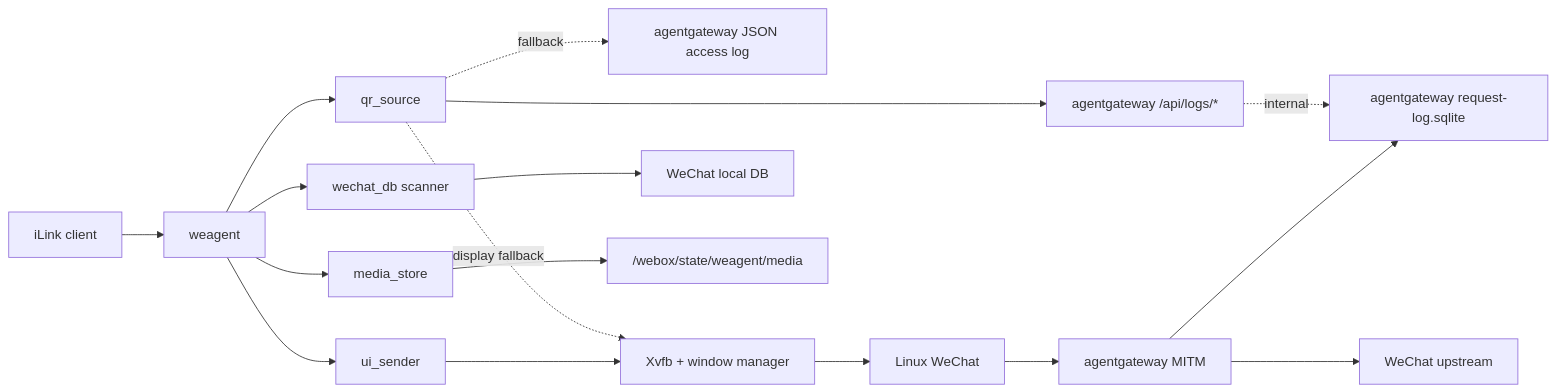
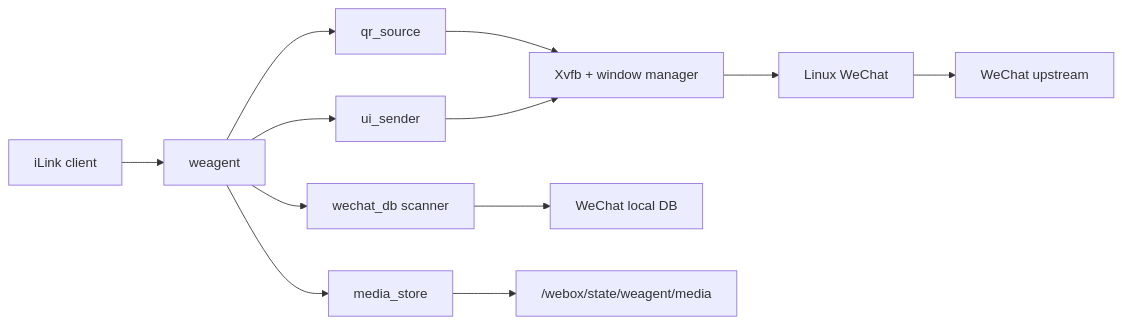
The diagram in docs/architecture.md (netcat-ai/webox), drawn with Mermaid before and after one commit. The commit also changed other lines of this file and 17 other files, not shown here.

````diff
--- a/docs/architecture.md
+++ b/docs/architecture.md
@@ -26,23 +23,18 @@
 ```mermaid
 flowchart LR
   Client["iLink client"] --> Agent["weagent"]
 
   Agent --> QRSource["qr_source"]
-  QRSource --> AGAPI["agentgateway /api/logs/*"]
-  QRSource -. fallback .-> AGLOG["agentgateway JSON access log"]
-  QRSource -. display fallback .-> Display
-  AGAPI -. internal .-> AGDB["agentgateway request-log.sqlite"]
+  QRSource --> Display
 
   Agent --> DBScanner["wechat_db scanner"]
   DBScanner --> WXDB["WeChat local DB"]
 
   Agent --> UISender["ui_sender"]
   Agent --> MediaStore["media_store"]
   MediaStore --> MediaDir["/webox/state/weagent/media"]
   UISender --> Display["Xvfb + window manager"]
   Display --> WeChat["Linux WeChat"]
 
-  WeChat --> AGW["agentgateway MITM"]
-  AGW --> WXNet["WeChat upstream"]
-  AGW --> AGDB
+  WeChat --> WXNet["WeChat upstream"]
 ```
````
